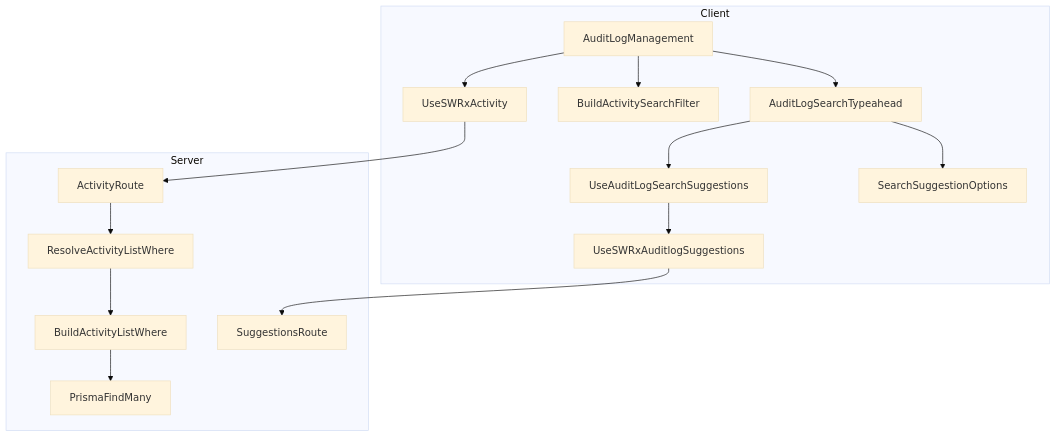
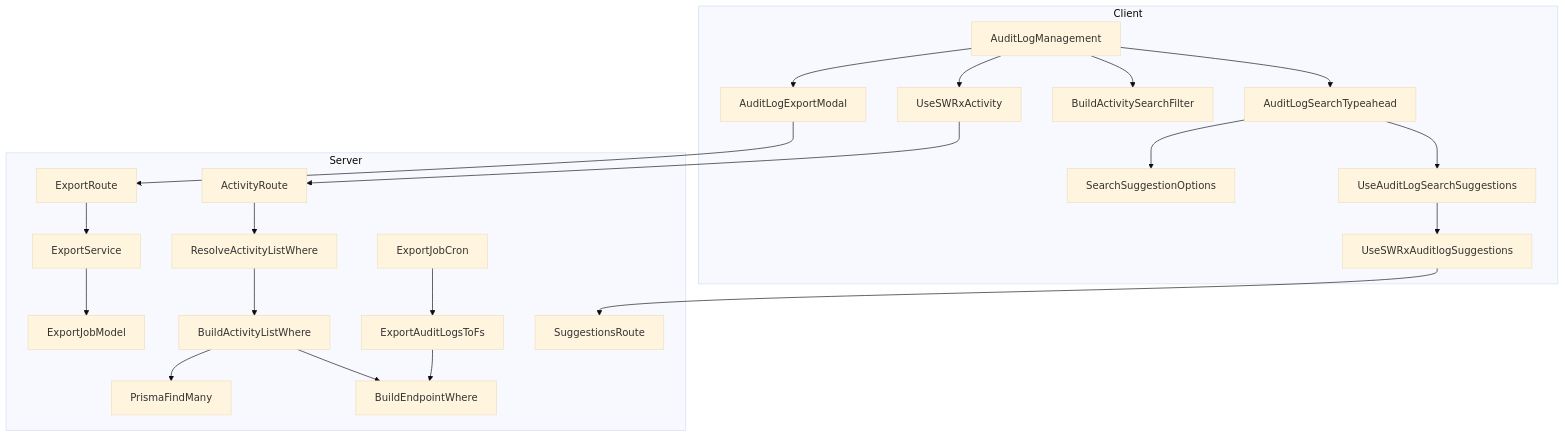
The first of 2 diagrams in .kiro/specs/auditlog-endpoint-search/design.md (growilabs/growi), drawn with Mermaid (base theme) before and after one commit. The commit also changed other lines of this file and 4 other files, not shown here.

````diff
--- a/.kiro/specs/auditlog-endpoint-search/design.md
+++ b/.kiro/specs/auditlog-endpoint-search/design.md
@@ -65,19 +69,26 @@
 ```mermaid
 graph TB
     subgraph Client
         AuditLogManagement --> AuditLogSearchTypeahead
         AuditLogSearchTypeahead --> UseAuditLogSearchSuggestions
         AuditLogSearchTypeahead --> SearchSuggestionOptions
         UseAuditLogSearchSuggestions --> UseSWRxAuditlogSuggestions
         AuditLogManagement --> BuildActivitySearchFilter
         AuditLogManagement --> UseSWRxActivity
+        AuditLogManagement --> AuditLogExportModal
     end
     subgraph Server
         ActivityRoute --> ResolveActivityListWhere
         ResolveActivityListWhere --> BuildActivityListWhere
+        BuildActivityListWhere --> BuildEndpointWhere
         BuildActivityListWhere --> PrismaFindMany
         SuggestionsRoute
+        ExportRoute --> ExportService
+        ExportService --> ExportJobModel
+        ExportJobCron --> ExportAuditLogsToFs
+        ExportAuditLogsToFs --> BuildEndpointWhere
     end
     UseSWRxAuditlogSuggestions --> SuggestionsRoute
     UseSWRxActivity --> ActivityRoute
+    AuditLogExportModal --> ExportRoute
 ```
````
